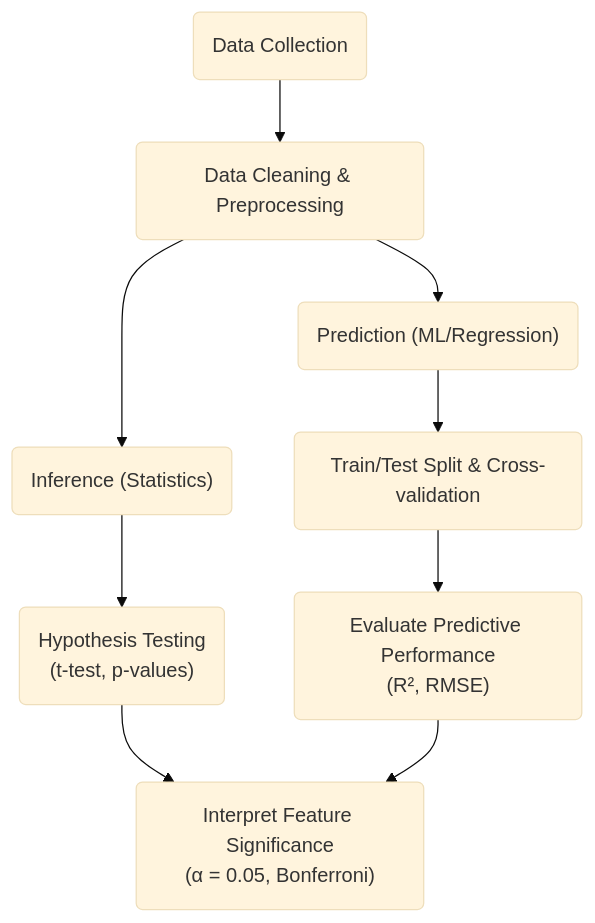
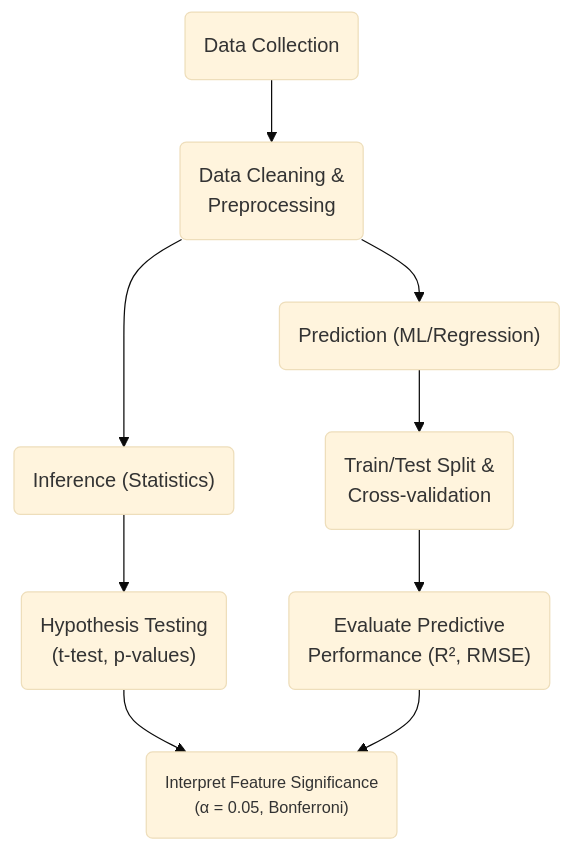
The diagram in README.MD (alichnn/Calories-Burned-Analysis), drawn with Mermaid (base theme) before and after one commit.

Commit message:
fixed diagram spacing

````diff
--- a/README.MD
+++ b/README.MD
@@ -22,14 +22,15 @@
 ```mermaid
 flowchart TD
-    A(Data Collection) --> B(Data Cleaning & Preprocessing)
+    A(Data Collection) --> B(Data Cleaning &<br/>Preprocessing)
 
     B --> C("Inference (Statistics)")
     B --> D("Prediction (ML/Regression)")
 
     C --> E("Hypothesis Testing<br/>(t-test, p-values)")
     E --> F("Interpret Feature Significance<br/>(α = 0.05, Bonferroni)")
 
-    D --> G(Train/Test Split & Cross-validation)
-    G --> H("Evaluate Predictive Performance<br/>(R², RMSE)")
+    D --> G(Train/Test Split &<br/>Cross-validation)
+    G --> H("Evaluate Predictive<br/>Performance (R², RMSE)")
     H --> F
+ style F font-size:13px
 ```  
````
